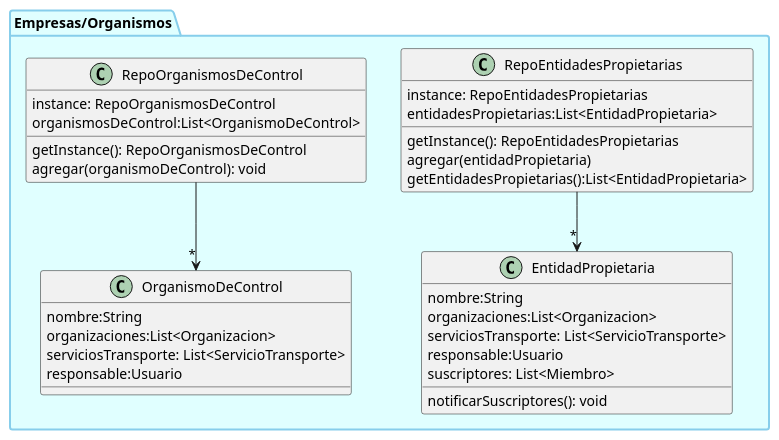
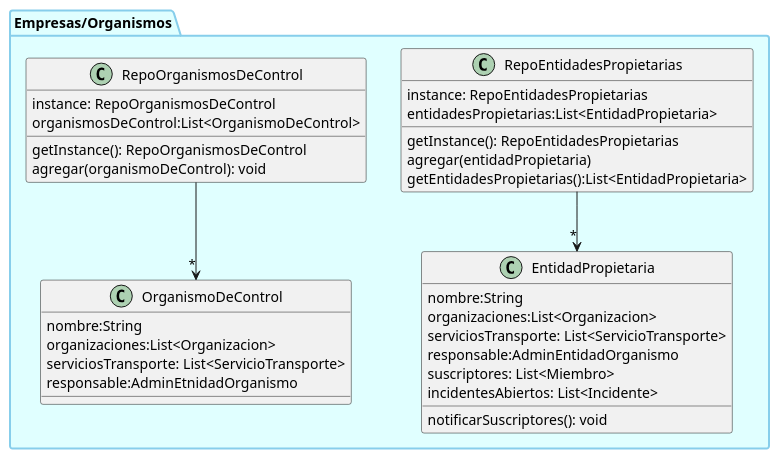
Before and after one commit to tomidandrea/TPA-DDS-2023: the diagram in Entrega-7/out/empresasYorganismos.puml, drawn with PlantUML. The commit also changed 1 other file, not shown here.

Commit message:
actualizo diagrama

```diff
--- a/Entrega-7/out/empresasYorganismos.puml
+++ b/Entrega-7/out/empresasYorganismos.puml
@@ -1,43 +1,44 @@
 @startuml
 'https://plantuml.com/class-diagram
 
 package Empresas/Organismos #back:lightcyan;line:skyblue;line.bold{
     class EntidadPropietaria{
         nombre:String
         organizaciones:List<Organizacion>
         serviciosTransporte: List<ServicioTransporte>
-        responsable:Usuario
+        responsable:AdminEntidadOrganismo
         suscriptores: List<Miembro>
+        incidentesAbiertos: List<Incidente>
 
         notificarSuscriptores(): void
     }
 
     class RepoEntidadesPropietarias{
         instance: RepoEntidadesPropietarias
         entidadesPropietarias:List<EntidadPropietaria>
 
         getInstance(): RepoEntidadesPropietarias
         agregar(entidadPropietaria)
         getEntidadesPropietarias():List<EntidadPropietaria>
     }
 
     class OrganismoDeControl{
         nombre:String
         organizaciones:List<Organizacion>
         serviciosTransporte: List<ServicioTransporte>
-        responsable:Usuario
+        responsable:AdminEtnidadOrganismo
     }
 
     class RepoOrganismosDeControl{
         instance: RepoOrganismosDeControl
         organismosDeControl:List<OrganismoDeControl>
 
         getInstance(): RepoOrganismosDeControl
         agregar(organismoDeControl): void
     }
 
     RepoEntidadesPropietarias-->"*"EntidadPropietaria
     RepoOrganismosDeControl-->"*"OrganismoDeControl
 }
 
 @enduml
```
